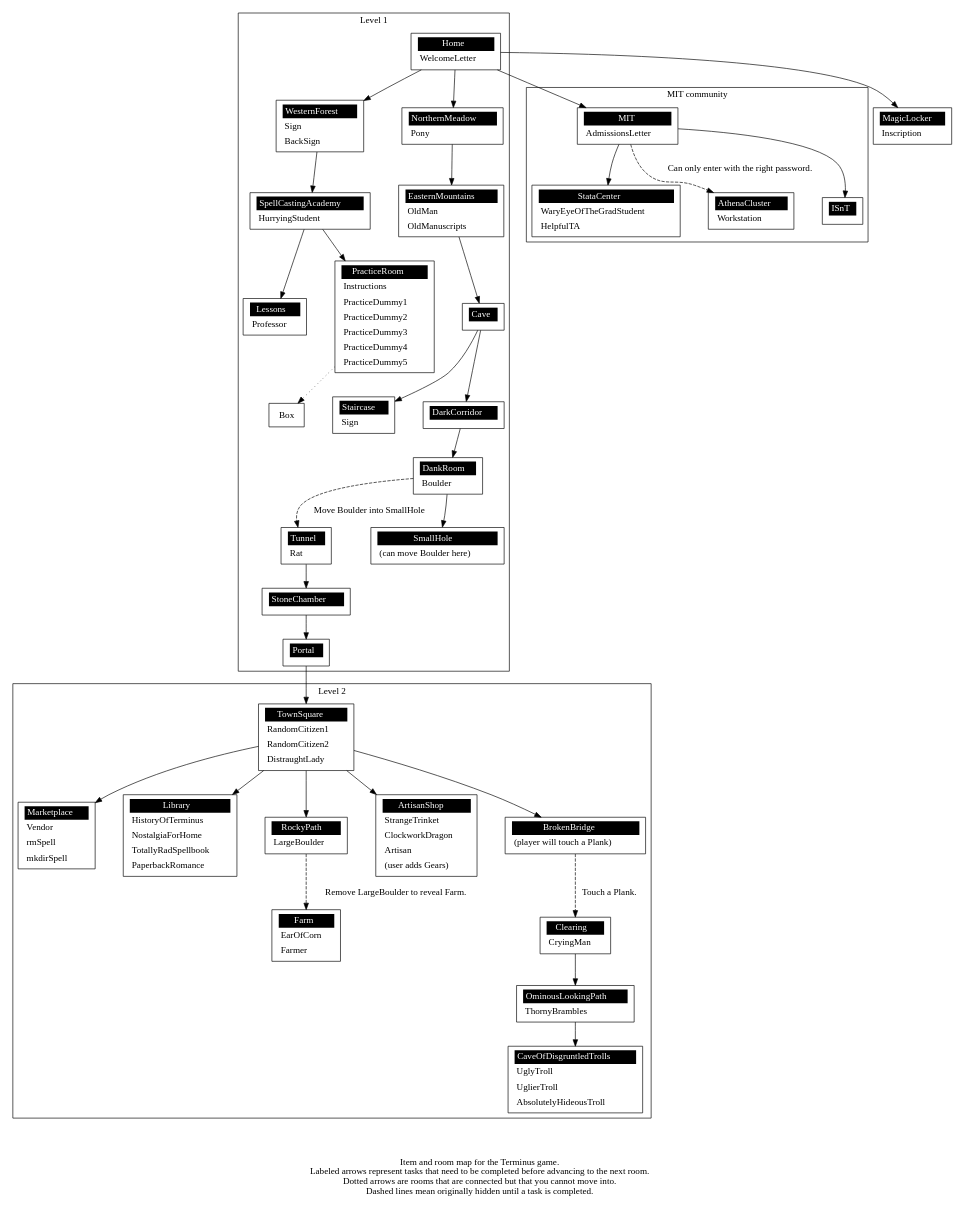
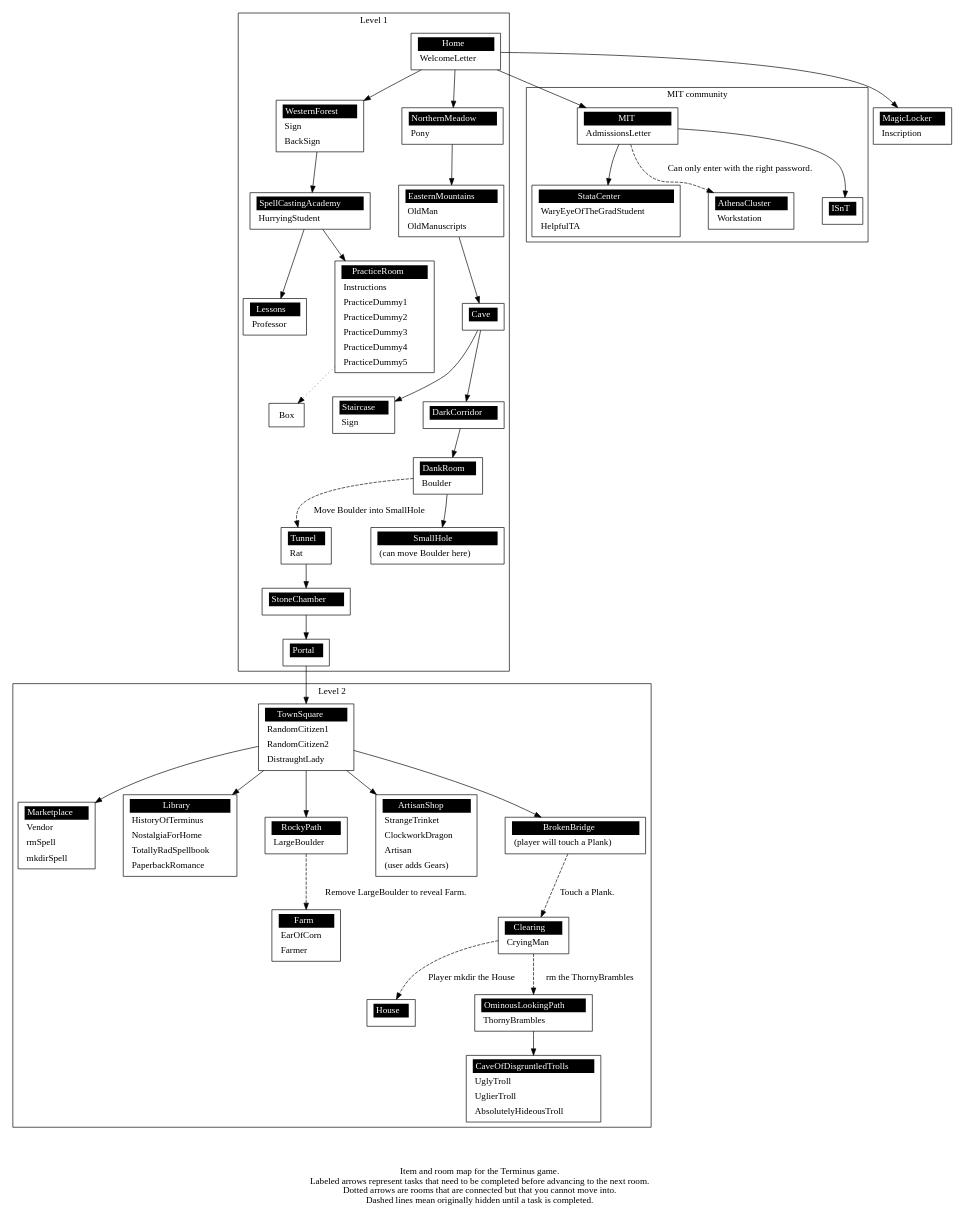
Before and after one commit to mprat/Terminus: the diagram in docs/level_map.gv, drawn with Graphviz. The commit also changed 4 other files, not shown here.

Commit message:
rm on thorny brambles

```diff
--- a/docs/level_map.gv
+++ b/docs/level_map.gv
@@ -164,6 +164,12 @@
 	<tr><td align="left" port="r0">CryingMan</td></tr>
 	</table>>];
 
+	"House" [label = 
+	<<table border="0" cellborder="0" cellpadding="3" bgcolor="white"><tr>
+	<td bgcolor="black" align="center" colspan="2"><font color="white">House</font></td></tr>
+	<tr><td align="left" port="r0"></td></tr>
+	</table>>];
+
 	"OminousLookingPath" [label = 
 	<<table border="0" cellborder="0" cellpadding="3" bgcolor="white"><tr>
 	<td bgcolor="black" align="center" colspan="2"><font color="white">OminousLookingPath</font></td></tr>
@@ -238,7 +244,8 @@
 		"TownSquare" -> "BrokenBridge";
 		"RockyPath" -> "Farm" [style="dashed", label="Remove LargeBoulder to reveal Farm."];
 		"BrokenBridge" -> "Clearing" [style="dashed", label="Touch a Plank."];
-		"Clearing" -> "OminousLookingPath";
+		"Clearing" -> "OminousLookingPath" [style="dashed", label="rm the ThornyBrambles"];
+		"Clearing" -> "House" [style="dashed", label="Player mkdir the House"];
 		"OminousLookingPath" -> "CaveOfDisgruntledTrolls";
 	}
 
```
